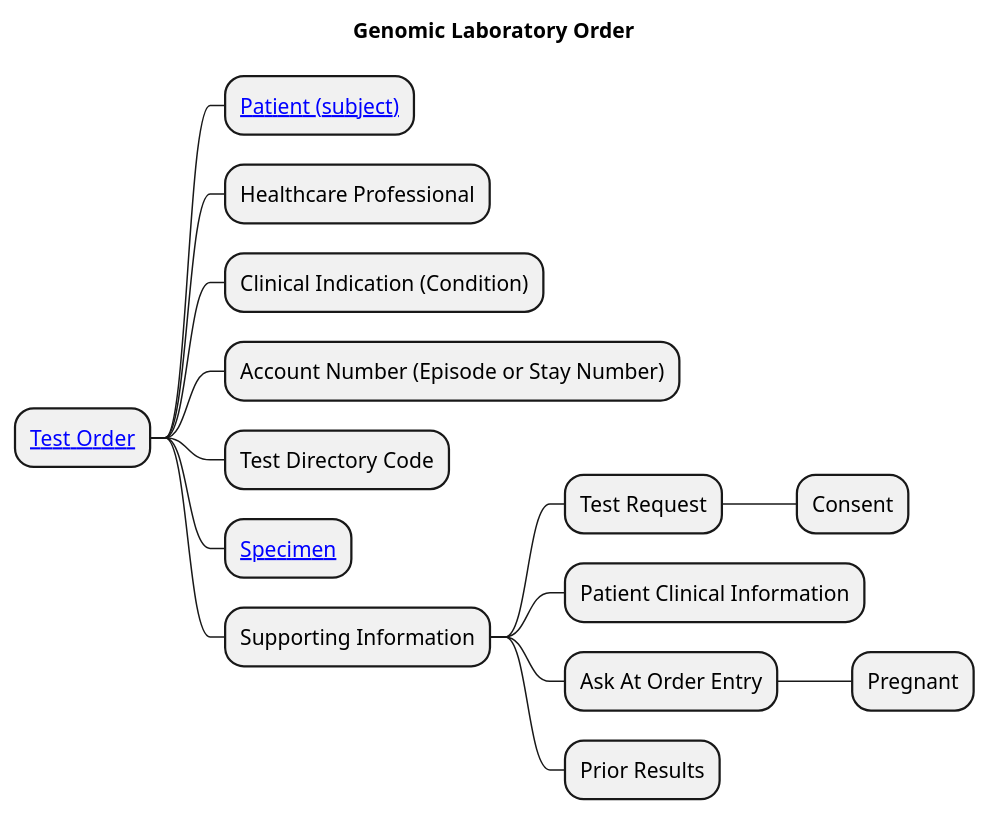
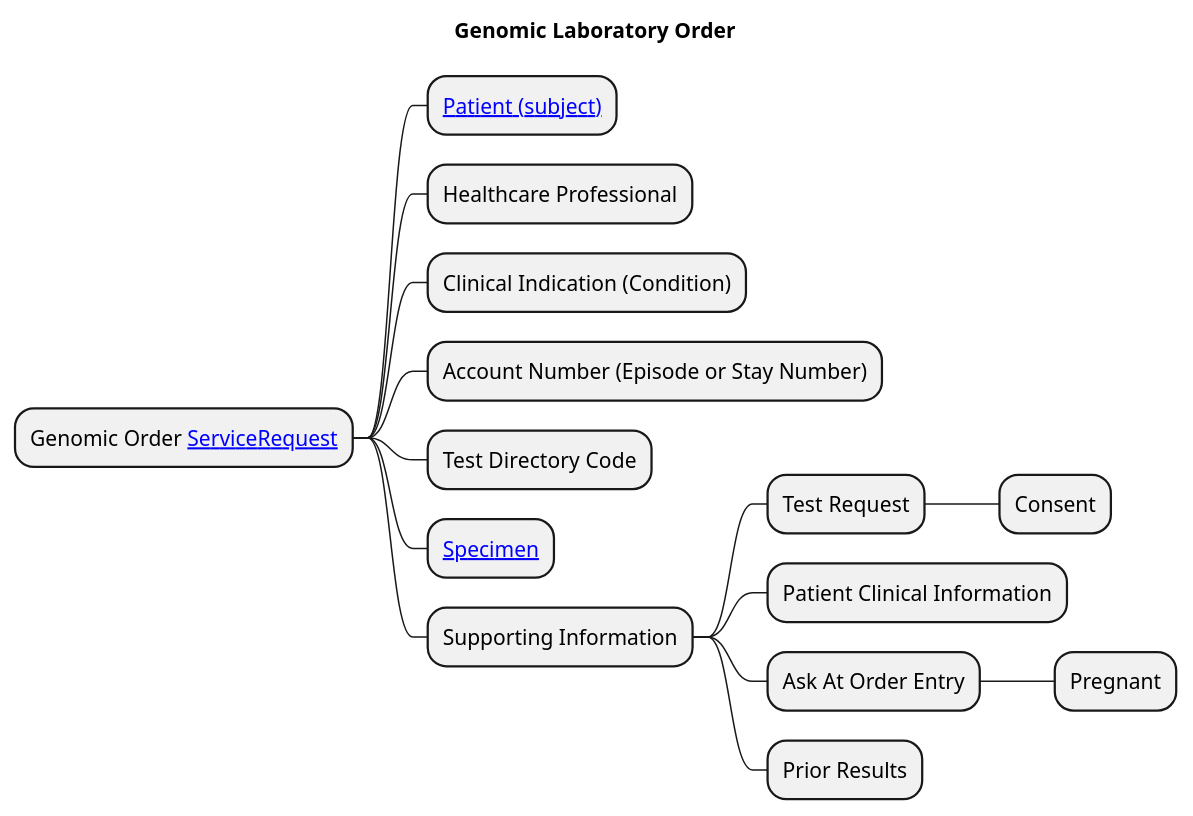
Before and after one commit to nw-gmsa/nw-gmsa.github.com: the diagram in input/images-source/Laboratory-Order-mindmap.plantuml, drawn with PlantUML. The commit also changed 3 other files, not shown here.

```diff
--- a/input/images-source/Laboratory-Order-mindmap.plantuml
+++ b/input/images-source/Laboratory-Order-mindmap.plantuml
@@ -1,20 +1,20 @@
 @startmindmap
 
 title "Genomic Laboratory Order"
 
-* [[StructureDefinition-ServiceRequest.htmlLaboratory Test Order]]
+* Genomic Order [[StructureDefinition-ServiceRequest.html ServiceRequest]]
 ** [[StructureDefinition-Patient.html Patient (subject)]]
 ** Healthcare Professional
 ** Clinical Indication (Condition)
 ** Account Number (Episode or Stay Number)
 ** Test Directory Code
 ** [[StructureDefinition-Specimen.html Specimen]]
 ** Supporting Information
 *** Test Request
 **** Consent
 *** Patient Clinical Information
 *** Ask At Order Entry
 **** Pregnant
 *** Prior Results
 
 @endmindmap
```
